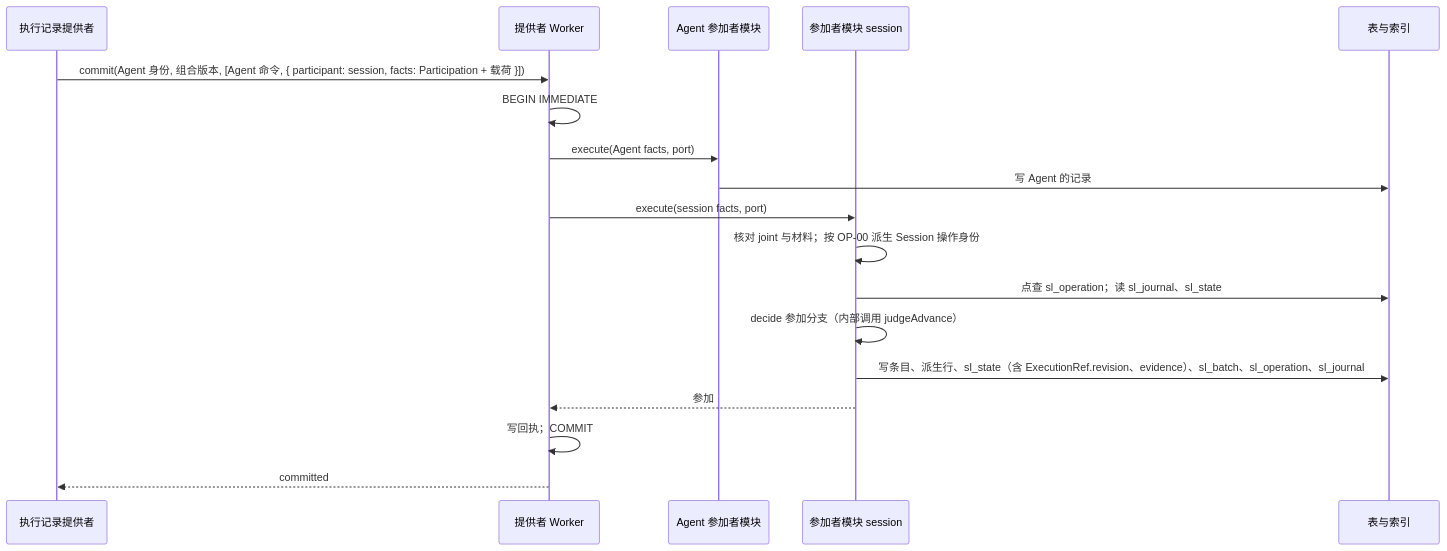
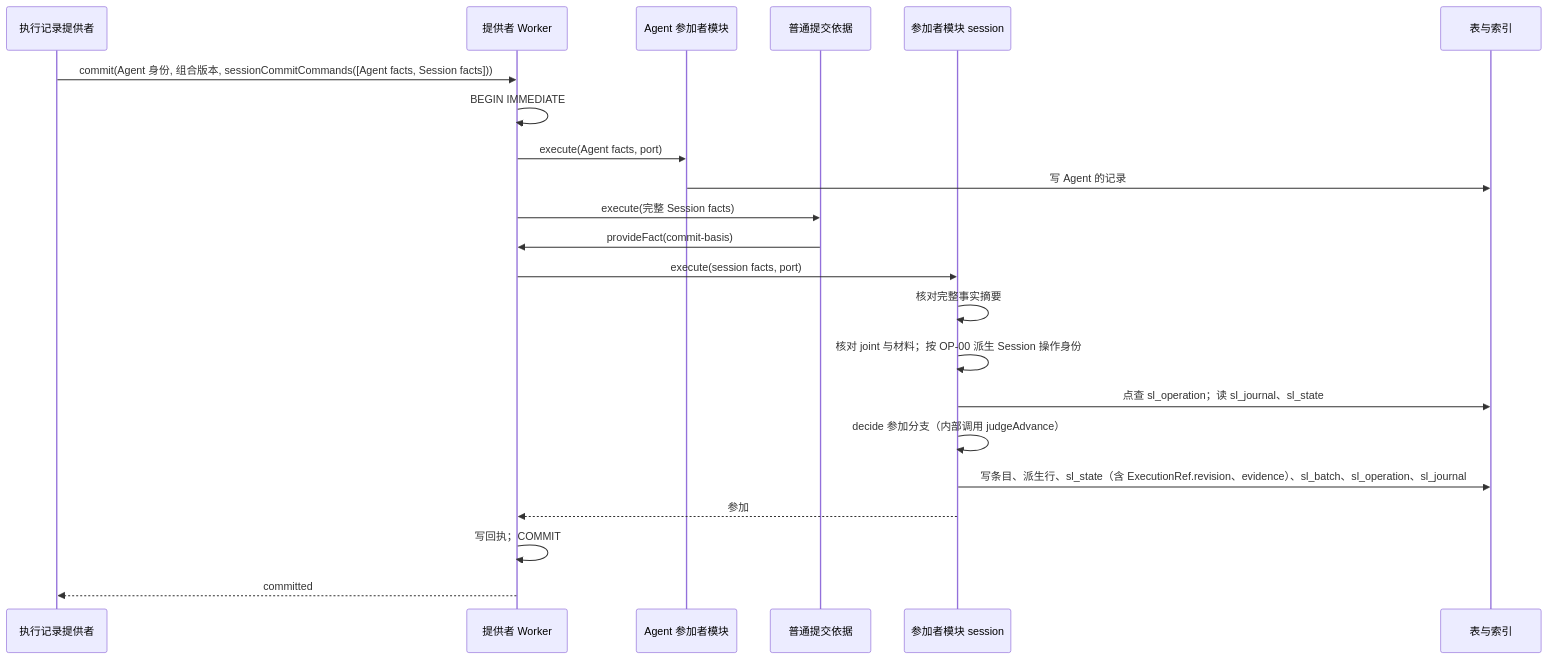
One commit to nemori-ai/omne-harness-lite changed the second of 5 diagrams in packages/session/session-storage-sql/docs/flows.md. Above: the diagram before and after it, drawn with Mermaid. The commit also changed other lines of this file and 484 other files, not shown here.

````diff
--- a/packages/session/session-storage-sql/docs/flows.md
+++ b/packages/session/session-storage-sql/docs/flows.md
@@ -68,20 +72,24 @@
 ```mermaid
 sequenceDiagram
     participant A as 执行记录提供者
     participant P as 提供者 Worker
     participant J as Agent 参加者模块
+    participant B as 普通提交依据
     participant M as 参加者模块 session
     participant D as 表与索引
-    A->>P: commit(Agent 身份, 组合版本, [Agent 命令, { participant: session, facts: Participation + 载荷 }])
+    A->>P: commit(Agent 身份, 组合版本, sessionCommitCommands([Agent facts, Session facts]))
     P->>P: BEGIN IMMEDIATE
     P->>J: execute(Agent facts, port)
     J->>D: 写 Agent 的记录
+    P->>B: execute(完整 Session facts)
+    B->>P: provideFact(commit-basis)
     P->>M: execute(session facts, port)
+    M->>M: 核对完整事实摘要
     M->>M: 核对 joint 与材料；按 OP-00 派生 Session 操作身份
     M->>D: 点查 sl_operation；读 sl_journal、sl_state
     M->>M: decide 参加分支（内部调用 judgeAdvance）
     M->>D: 写条目、派生行、sl_state（含 ExecutionRef.revision、evidence）、sl_batch、sl_operation、sl_journal
     M-->>P: 参加
     P->>P: 写回执；COMMIT
     P-->>A: committed
 ```
````
